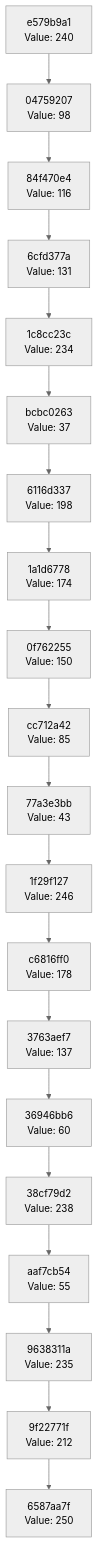
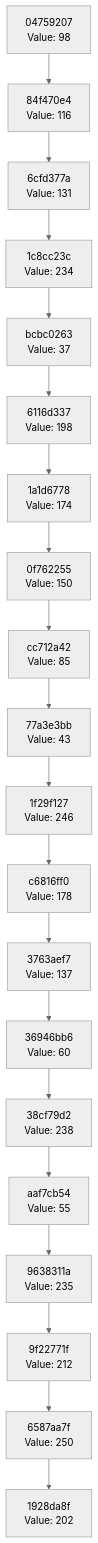
The diagram in docs/CHAIN_VISUALIZATION.md (Abhisheksinha1506/hash-chain-evolver), drawn with Mermaid (neutral theme) before and after one commit. The commit also changed 3 other files, not shown here.

````diff
--- a/docs/CHAIN_VISUALIZATION.md
+++ b/docs/CHAIN_VISUALIZATION.md
@@ -3,42 +3,42 @@
 ```mermaid
 graph TD
-    C0["6587aa7f<br/>Value: 250"]
-    C1["9f22771f<br/>Value: 212"]
+    C0["1928da8f<br/>Value: 202"]
+    C1["6587aa7f<br/>Value: 250"]
     C1 --> C0
-    C2["9638311a<br/>Value: 235"]
+    C2["9f22771f<br/>Value: 212"]
     C2 --> C1
-    C3["aaf7cb54<br/>Value: 55"]
+    C3["9638311a<br/>Value: 235"]
     C3 --> C2
-    C4["38cf79d2<br/>Value: 238"]
+    C4["aaf7cb54<br/>Value: 55"]
     C4 --> C3
-    C5["36946bb6<br/>Value: 60"]
+    C5["38cf79d2<br/>Value: 238"]
     C5 --> C4
-    C6["3763aef7<br/>Value: 137"]
+    C6["36946bb6<br/>Value: 60"]
     C6 --> C5
-    C7["c6816ff0<br/>Value: 178"]
+    C7["3763aef7<br/>Value: 137"]
     C7 --> C6
-    C8["1f29f127<br/>Value: 246"]
+    C8["c6816ff0<br/>Value: 178"]
     C8 --> C7
-    C9["77a3e3bb<br/>Value: 43"]
+    C9["1f29f127<br/>Value: 246"]
     C9 --> C8
-    C10["cc712a42<br/>Value: 85"]
+    C10["77a3e3bb<br/>Value: 43"]
     C10 --> C9
-    C11["0f762255<br/>Value: 150"]
+    C11["cc712a42<br/>Value: 85"]
     C11 --> C10
-    C12["1a1d6778<br/>Value: 174"]
+    C12["0f762255<br/>Value: 150"]
     C12 --> C11
-    C13["6116d337<br/>Value: 198"]
+    C13["1a1d6778<br/>Value: 174"]
     C13 --> C12
-    C14["bcbc0263<br/>Value: 37"]
+    C14["6116d337<br/>Value: 198"]
     C14 --> C13
-    C15["1c8cc23c<br/>Value: 234"]
+    C15["bcbc0263<br/>Value: 37"]
     C15 --> C14
-    C16["6cfd377a<br/>Value: 131"]
+    C16["1c8cc23c<br/>Value: 234"]
     C16 --> C15
-    C17["84f470e4<br/>Value: 116"]
+    C17["6cfd377a<br/>Value: 131"]
     C17 --> C16
-    C18["04759207<br/>Value: 98"]
+    C18["84f470e4<br/>Value: 116"]
     C18 --> C17
-    C19["e579b9a1<br/>Value: 240"]
+    C19["04759207<br/>Value: 98"]
     C19 --> C18
 ```
````
